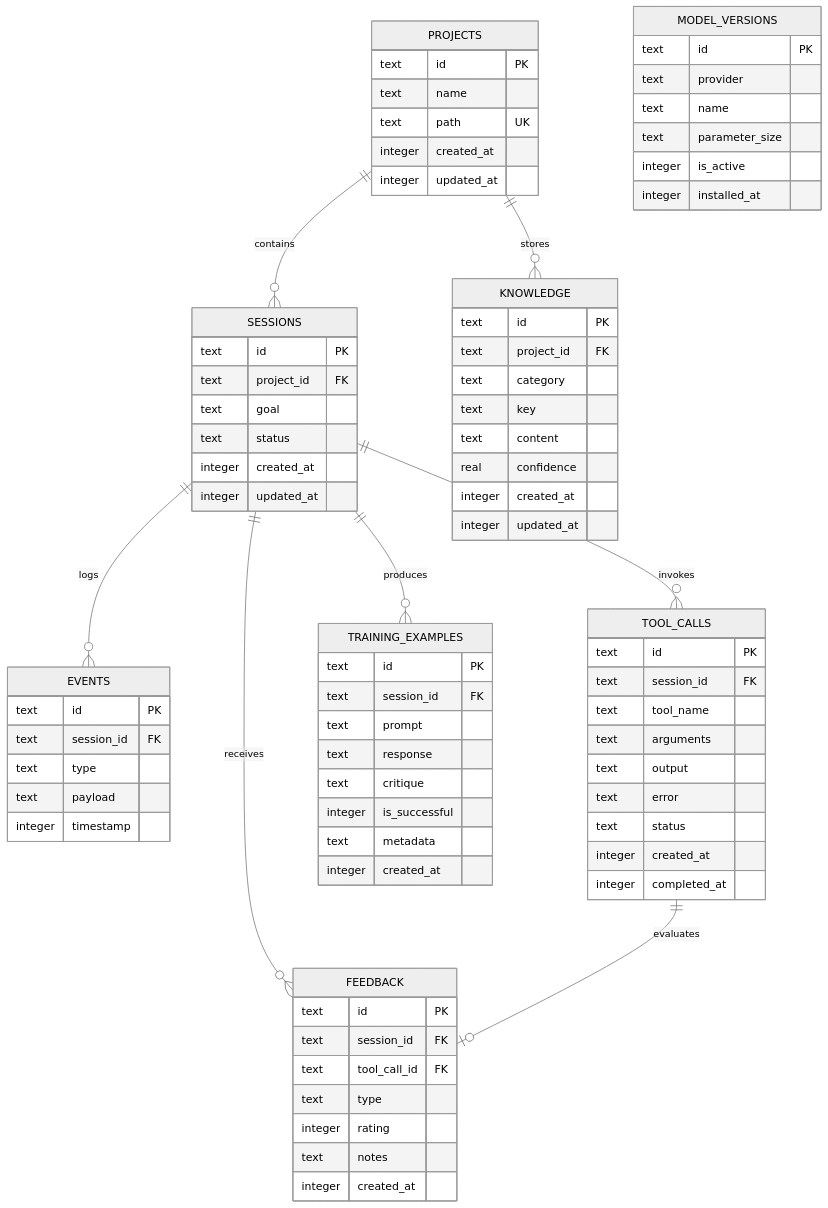
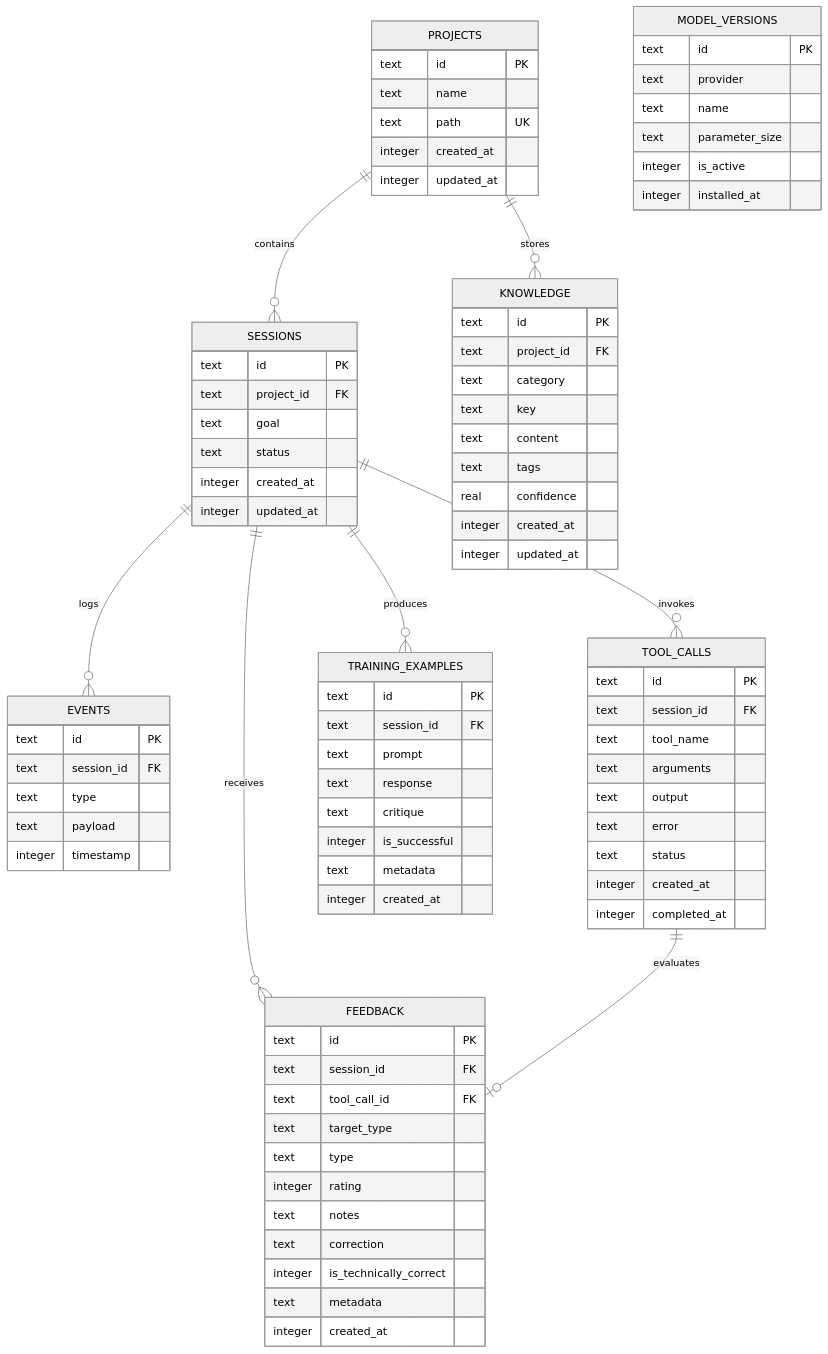
One commit to JhaSourav07/evolve changed the diagram in docs/database.md. Above: the diagram before and after it, drawn with Mermaid (neutral theme). The commit also changed other lines of this file and 22 other files, not shown here.

```diff
--- a/docs/database.md
+++ b/docs/database.md
@@ -67,9 +68,13 @@
         text id PK
         text session_id FK
         text tool_call_id FK
+        text target_type
         text type
         integer rating
         text notes
+        text correction
+        integer is_technically_correct
+        text metadata
         integer created_at
     }
 
@@ -79,6 +84,7 @@
         text category
         text key
         text content
+        text tags
         real confidence
         integer created_at
         integer updated_at
```
